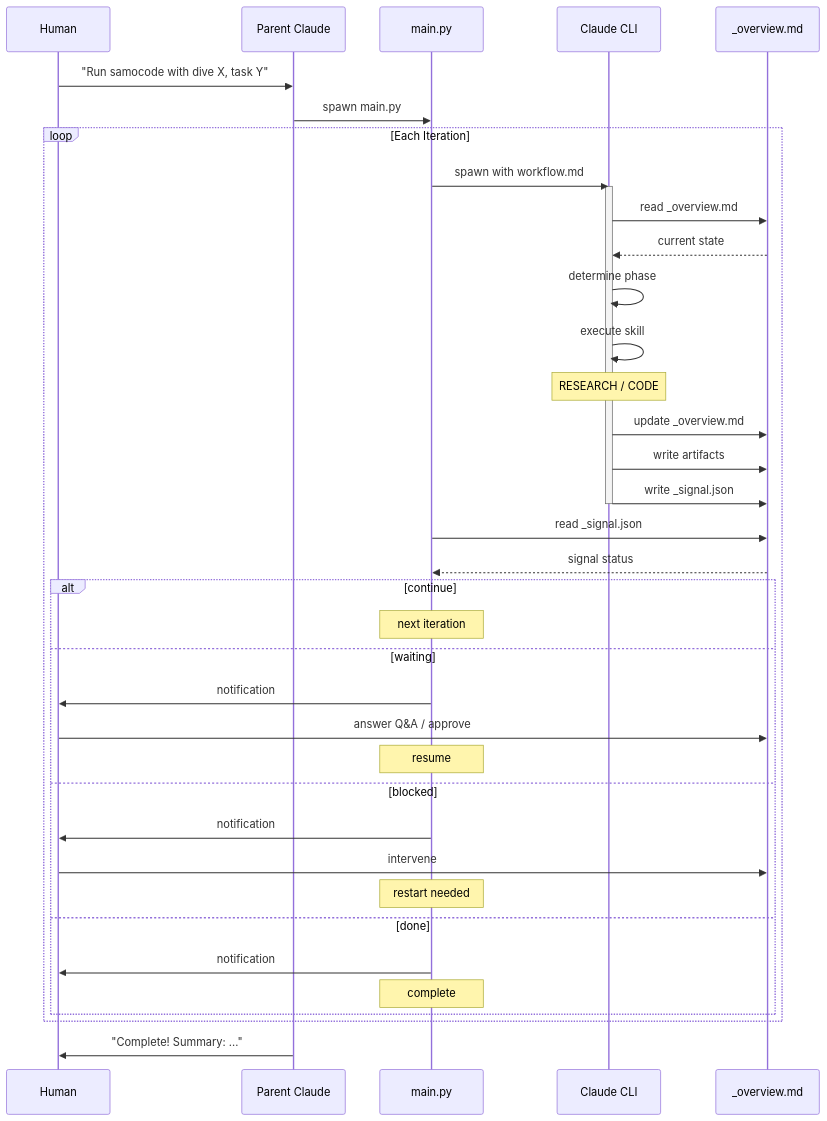
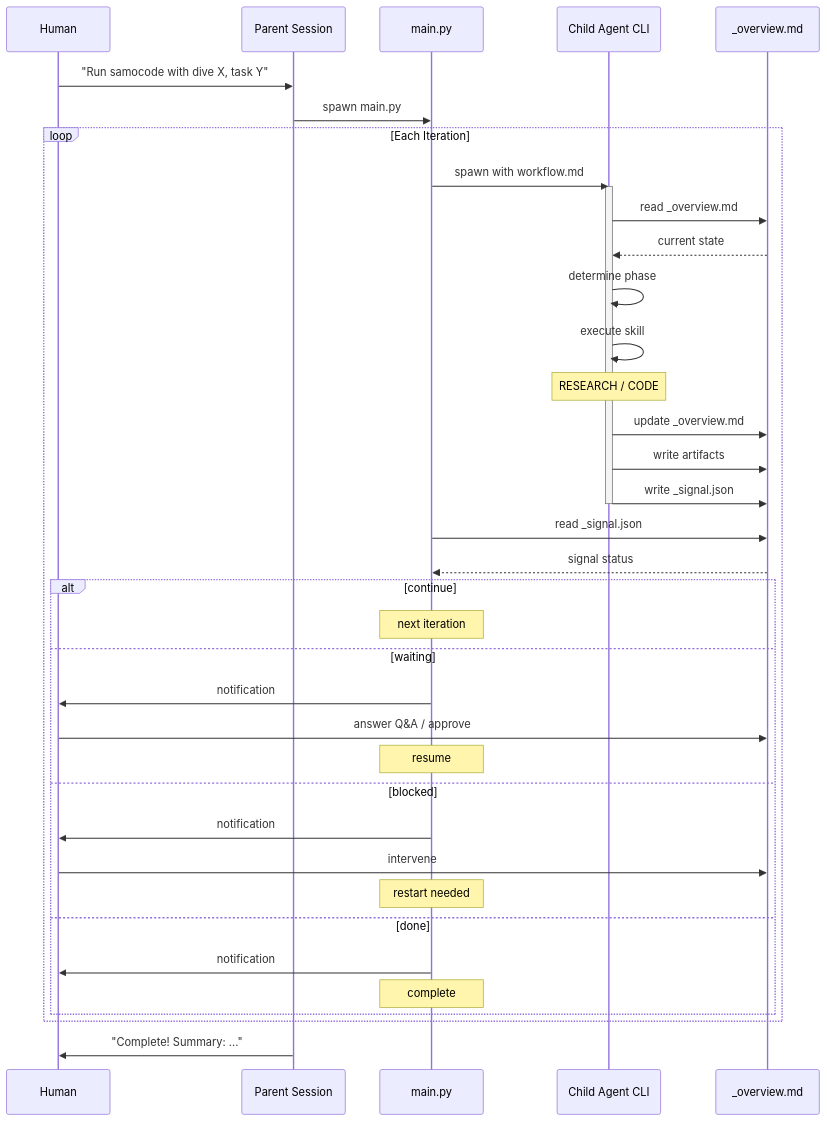
One commit to Yuvasee/samocode changed the diagram in README.md. Above: the diagram before and after it, drawn with Mermaid. The commit also changed other lines of this file and 9 other files, not shown here.

````diff
--- a/README.md
+++ b/README.md
@@ -158,50 +172,50 @@
 ```mermaid
 sequenceDiagram
     participant H as Human
-    participant P as Parent Claude
+    participant P as Parent Session
     participant O as main.py
-    participant C as Claude CLI
+    participant C as Child Agent CLI
     participant F as _overview.md
 
     H->>P: "Run samocode with dive X, task Y"
     P->>O: spawn main.py
 
     loop Each Iteration
         O->>C: spawn with workflow.md
         activate C
 
         C->>F: read _overview.md
         F-->>C: current state
 
         C->>C: determine phase
         C->>C: execute skill
 
         Note over C: RESEARCH / CODE
 
         C->>F: update _overview.md
         C->>F: write artifacts
         C->>F: write _signal.json
 
         deactivate C
 
         O->>F: read _signal.json
         F-->>O: signal status
 
         alt continue
             Note over O: next iteration
         else waiting
             O->>H: notification
             H->>F: answer Q&A / approve
             Note over O: resume
         else blocked
             O->>H: notification
             H->>F: intervene
             Note over O: restart needed
         else done
             O->>H: notification
             Note over O: complete
         end
     end
 
     P->>H: "Complete! Summary: ..."
 ```
````
